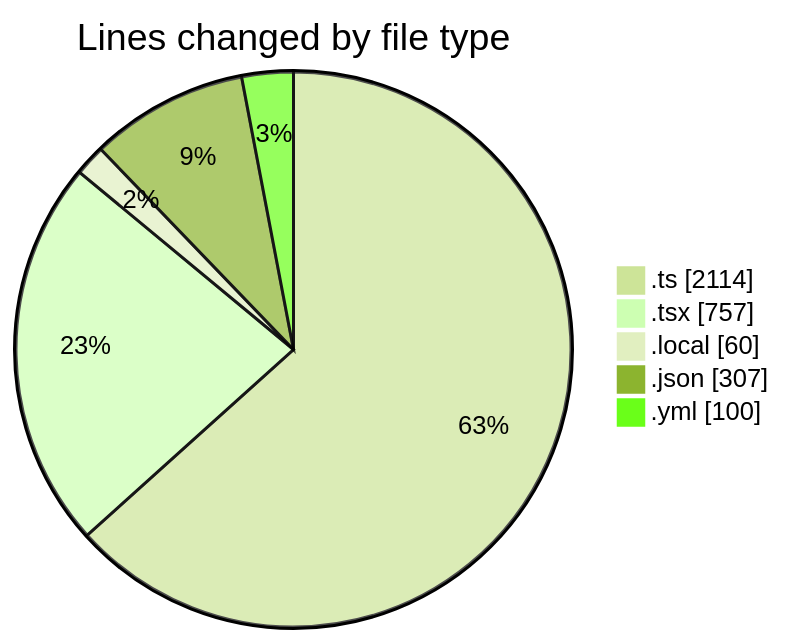
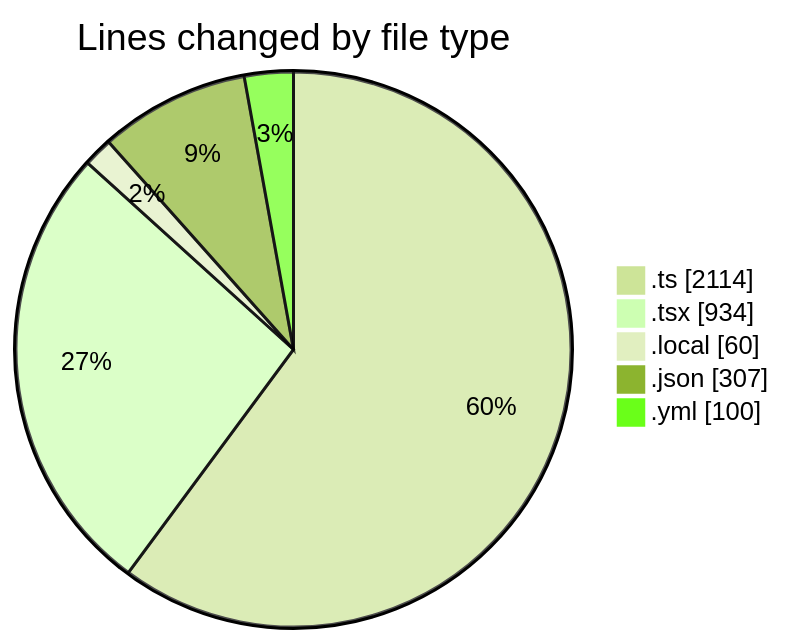
The first of 2 diagrams in 2025-11-26/eventscop-frontend-guide__workspace_/README.md (julien-gomy/code-tracking), drawn with Mermaid (forest theme) before and after one commit. The commit also changed other lines of this file and 1 other file, not shown here.

````diff
--- a/2025-11-26/eventscop-frontend-guide__workspace_/README.md
+++ b/2025-11-26/eventscop-frontend-guide__workspace_/README.md
@@ -34,9 +35,9 @@
 ```mermaid
 pie showData
 title Lines changed by file type
 ".ts" : 2114
-".tsx" : 757
+".tsx" : 934
 ".local" : 60
 ".json" : 307
 ".yml" : 100
 ```
````
